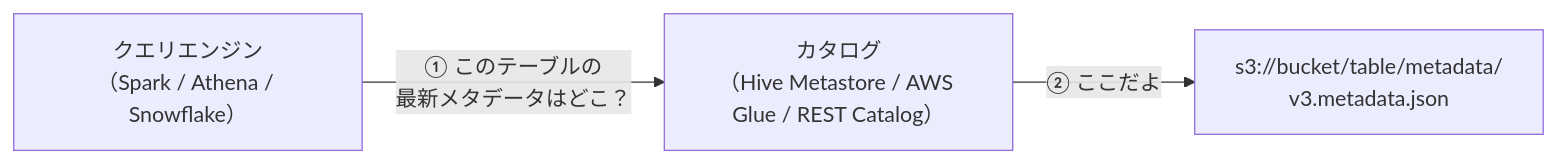
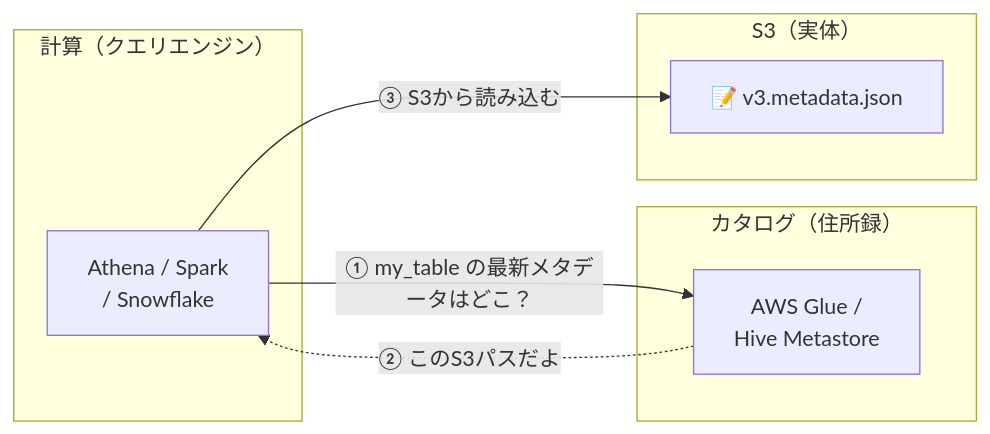
One commit to kkoch5t2/zenn-contents changed the second of 13 diagrams in articles/9b1b800a58a6b7.md. Above: the diagram before and after it, drawn with Mermaid. The commit also changed other lines of this file and 1 other file, not shown here.

````diff
--- a/articles/9b1b800a58a6b7.md
+++ b/articles/9b1b800a58a6b7.md
@@ -68,9 +75,18 @@
 ```mermaid
 flowchart LR
-    Engine["クエリエンジン\n（Spark / Athena / Snowflake）"]
-    Catalog["カタログ\n（Hive Metastore / AWS Glue / REST Catalog）"]
-    Meta["s3://bucket/table/metadata/\nv3.metadata.json"]
+    subgraph Compute ["計算（クエリエンジン）"]
+        Engine["Athena / Spark\n/ Snowflake"]
+    end
 
-    Engine -->|"① このテーブルの\n最新メタデータはどこ？"| Catalog
-    Catalog -->|"② ここだよ"| Meta
+    subgraph Metastore ["カタログ（住所録）"]
+        Catalog["AWS Glue /\nHive Metastore"]
+    end
+
+    subgraph Storage ["S3（実体）"]
+        Meta["📝 v3.metadata.json"]
+    end
+
+    Engine -->|"① my_table の最新メタデータはどこ？"| Catalog
+    Catalog -.->|"② このS3パスだよ"| Engine
+    Engine -->|"③ S3から読み込む"| Meta
 ```
````
